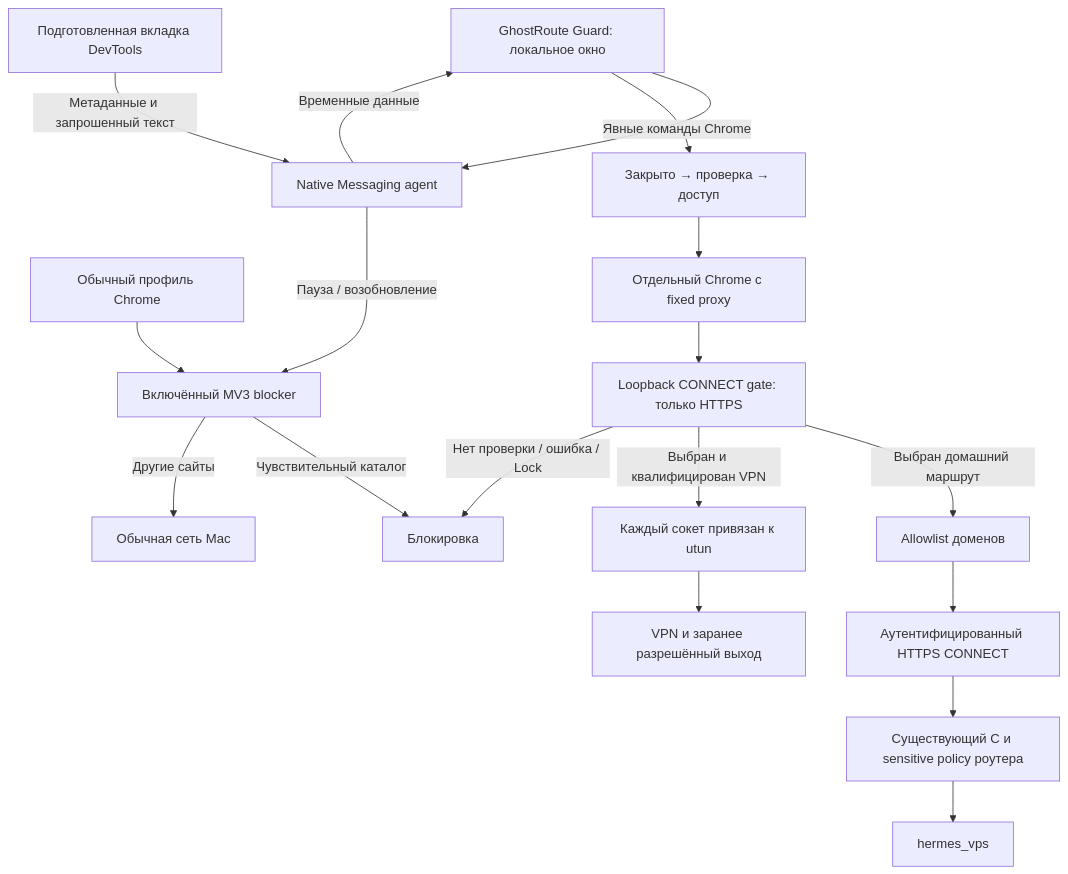
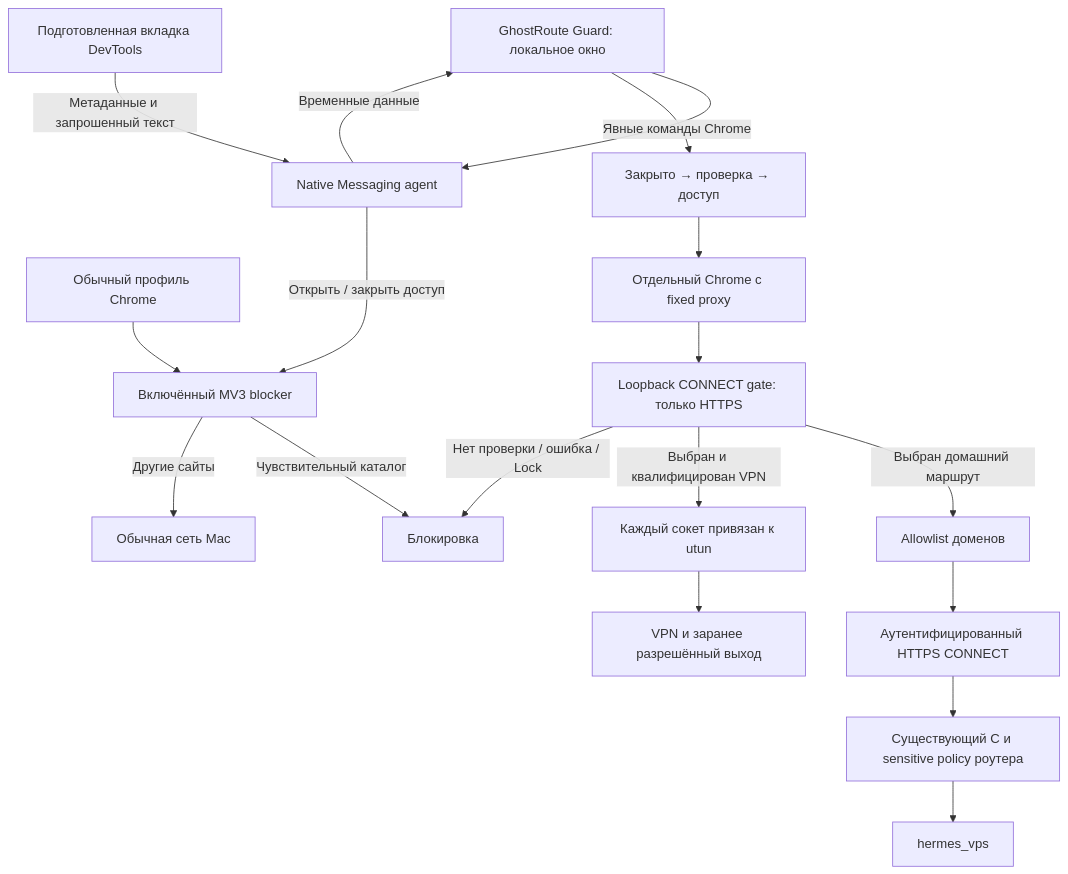
One commit to eiler2005/ghostroute changed the diagram in modules/mac-privacy-guard/README.md. Above: the diagram before and after it, drawn with Mermaid. The commit also changed other lines of this file and 27 other files, not shown here.

````diff
--- a/modules/mac-privacy-guard/README.md
+++ b/modules/mac-privacy-guard/README.md
@@ -88,20 +92,20 @@
 ```mermaid
 flowchart TB
     ordinary[Обычный профиль Chrome] --> blocker[Включённый MV3 blocker]
     blocker -->|Чувствительный каталог| deny[Блокировка]
     blocker -->|Другие сайты| normal[Обычная сеть Mac]
     app -->|Явные команды Chrome| agent[Native Messaging agent]
-    agent -->|Пауза / возобновление| blocker
+    agent -->|Открыть / закрыть доступ| blocker
     tab[Подготовленная вкладка DevTools] -->|Метаданные и запрошенный текст| agent
     agent -->|Временные данные| app
     app[GhostRoute Guard: локальное окно] --> state[Закрыто → проверка → доступ]
     state --> browser[Отдельный Chrome с fixed proxy]
     browser --> gate[Loopback CONNECT gate: только HTTPS]
     gate -->|Выбран домашний маршрут| allow[Allowlist доменов]
     allow --> tls[Аутентифицированный HTTPS CONNECT]
     tls --> home[Существующий C и sensitive policy роутера]
     home --> egress[hermes_vps]
     gate -->|Выбран и квалифицирован VPN| bind[Каждый сокет привязан к utun]
     bind --> vpn[VPN и заранее разрешённый выход]
     gate -->|Нет проверки / ошибка / Lock| deny
 ```
````
